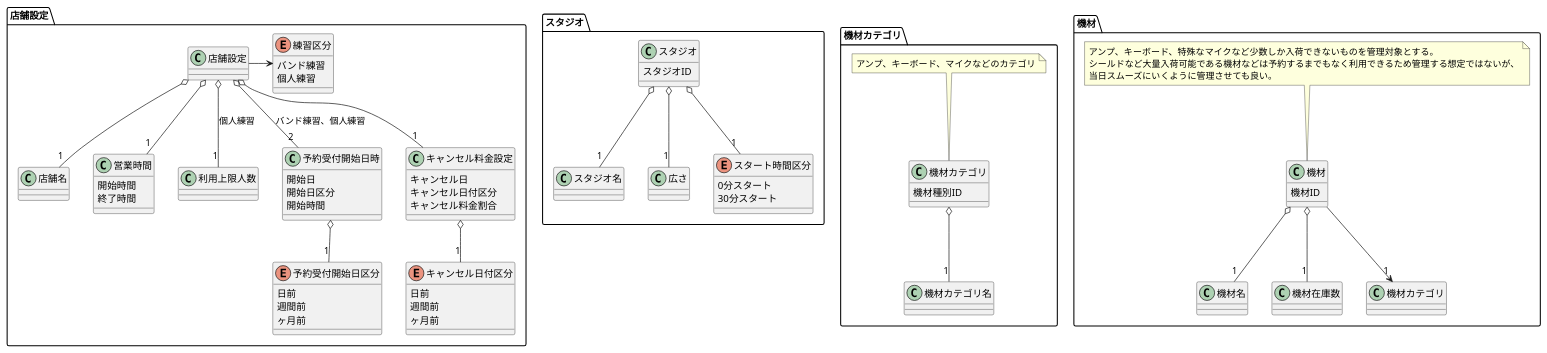
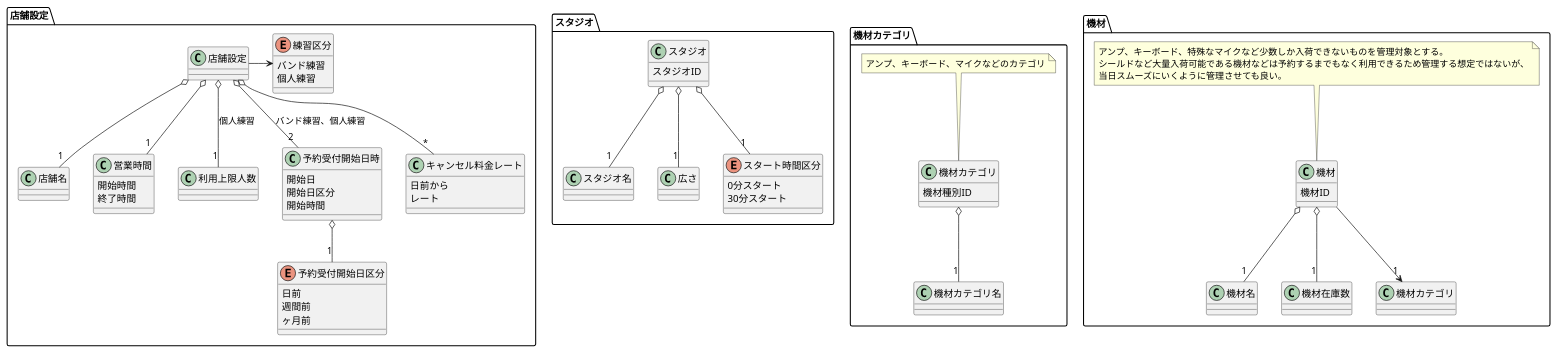
Before and after one commit to TakashiOnawa/ddd-practice-studio-reservation: the diagram in modeling/07_DomainModel_設備管理.pu, drawn with PlantUML. The commit also changed 44 other files, not shown here.

```diff
--- a/modeling/07_DomainModel_設備管理.pu
+++ b/modeling/07_DomainModel_設備管理.pu
@@ -1,100 +1,93 @@
 @startuml DomainModel
 
 package 店舗設定 {
     class 店舗設定
     
     class 店舗名
 
     class 営業時間 {
         開始時間
         終了時間
     }
 
     enum 練習区分 {
         バンド練習
         個人練習
     }
     
     class 利用上限人数
 
     class 予約受付開始日時 {
         開始日
         開始日区分
         開始時間
     }
     enum 予約受付開始日区分 {
         日前
         週間前
         ヶ月前
     }
     予約受付開始日時 o-- "1" 予約受付開始日区分
 
-    class キャンセル料金設定 {
-        キャンセル日
-        キャンセル日付区分
-        キャンセル料金割合
+    class キャンセル料金レート {
+        日前から
+        レート
     }
-    enum キャンセル日付区分 {
-        日前
-        週間前
-        ヶ月前
-    }
-    キャンセル料金設定 o-- "1" キャンセル日付区分
 
     店舗設定 o-- "1" 店舗名
     店舗設定 o-- "1" 営業時間
     店舗設定 o-- "2" 予約受付開始日時 : バンド練習、個人練習
     店舗設定 o-- "1" 利用上限人数 : 個人練習
-    店舗設定 o-- "1" キャンセル料金設定
+    店舗設定 o-- "*" キャンセル料金レート
     店舗設定 -> 練習区分
 }
 
 package スタジオ {
     class スタジオ {
         スタジオID
     }
 
     class スタジオ名
     class 広さ
 
     enum スタート時間区分 {
         0分スタート
         30分スタート
     }
 
     スタジオ o-- "1" スタジオ名
     スタジオ o-- "1" 広さ
     スタジオ o-- "1" スタート時間区分
 }
 
 package 機材カテゴリ {
     class 機材カテゴリ {
         機材種別ID
     }
     class 機材カテゴリ名
     機材カテゴリ o-- "1" 機材カテゴリ名
 
     note top of 機材カテゴリ
     アンプ、キーボード、マイクなどのカテゴリ
     end note
 }
 
 package 機材 {
     class 機材 {
         機材ID
     }
     class 機材名
     class 機材在庫数
     
     機材 --> "1" 機材カテゴリ
     機材 o-- "1" 機材名
     機材 o-- "1" 機材在庫数
 
     note top of 機材
     アンプ、キーボード、特殊なマイクなど少数しか入荷できないものを管理対象とする。
     シールドなど大量入荷可能である機材などは予約するまでもなく利用できるため管理する想定ではないが、
     当日スムーズにいくように管理させても良い。
     end note
 }
 
 @enduml
```
